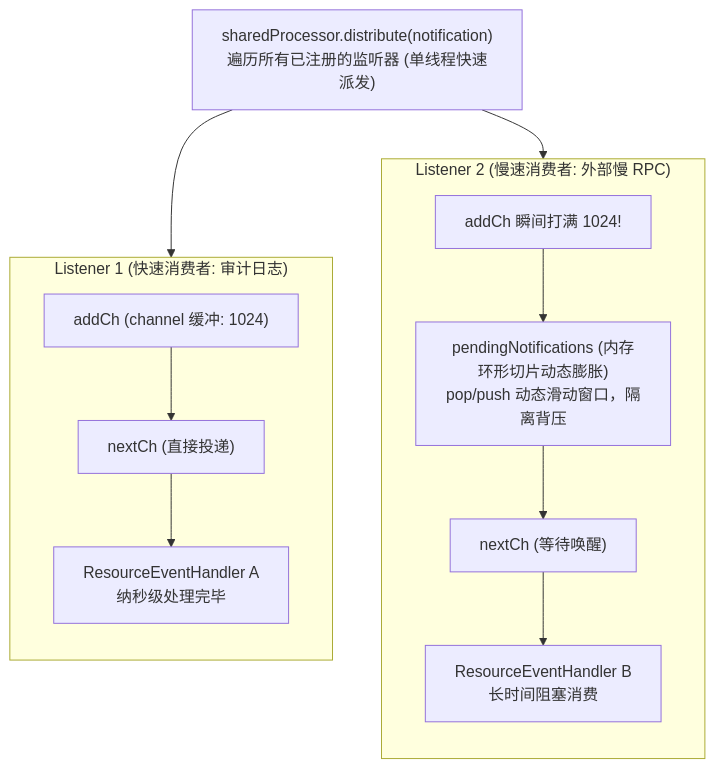
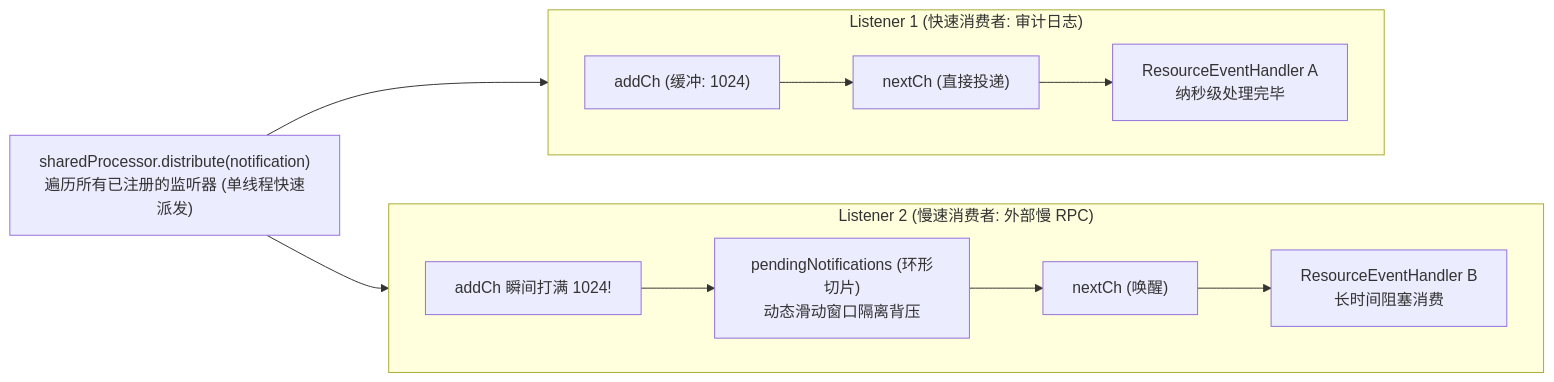
The fifth of 7 diagrams in content/posts/kubernetes-internals/k8s-03-client-go-informer-reflector-deltafifo.md (MoreConsequence/MoreConsequence.github.io), drawn with Mermaid before and after one commit. The commit also changed other lines of this file and 835 other files, not shown here.

First line of the commit message:
feat(blog): 全站33篇新增深度专栏与博文全量审核上线及矢量图表优化

````diff
--- a/content/posts/kubernetes-internals/k8s-03-client-go-informer-reflector-deltafifo.md
+++ b/content/posts/kubernetes-internals/k8s-03-client-go-informer-reflector-deltafifo.md
@@ -333,24 +297,17 @@
 ```mermaid
-flowchart TD
+flowchart LR
     Distributor["sharedProcessor.distribute(notification)<br/>遍历所有已注册的监听器 (单线程快速派发)"]
     
     subgraph FastListener["Listener 1 (快速消费者: 审计日志)"]
-        direction TB
-        AddCh1["addCh (channel 缓冲: 1024)"]
-        NextCh1["nextCh (直接投递)"]
-        Handler1["ResourceEventHandler A<br/>纳秒级处理完毕"]
-        AddCh1 --> NextCh1 --> Handler1
+        direction LR
+        AddCh1["addCh (缓冲: 1024)"] --> NextCh1["nextCh (直接投递)"] --> Handler1["ResourceEventHandler A<br/>纳秒级处理完毕"]
     end
 
     subgraph SlowListener["Listener 2 (慢速消费者: 外部慢 RPC)"]
-        direction TB
-        AddCh2["addCh 瞬间打满 1024!"]
-        RingBuffer["pendingNotifications (内存环形切片动态膨胀)<br/>pop/push 动态滑动窗口，隔离背压"]
-        NextCh2["nextCh (等待唤醒)"]
-        Handler2["ResourceEventHandler B<br/>长时间阻塞消费"]
-        AddCh2 --> RingBuffer --> NextCh2 --> Handler2
+        direction LR
+        AddCh2["addCh 瞬间打满 1024!"] --> RingBuffer["pendingNotifications (环形切片)<br/>动态滑动窗口隔离背压"] --> NextCh2["nextCh (唤醒)"] --> Handler2["ResourceEventHandler B<br/>长时间阻塞消费"]
     end
 
     Distributor --> FastListener
     Distributor --> SlowListener
 ```
````
